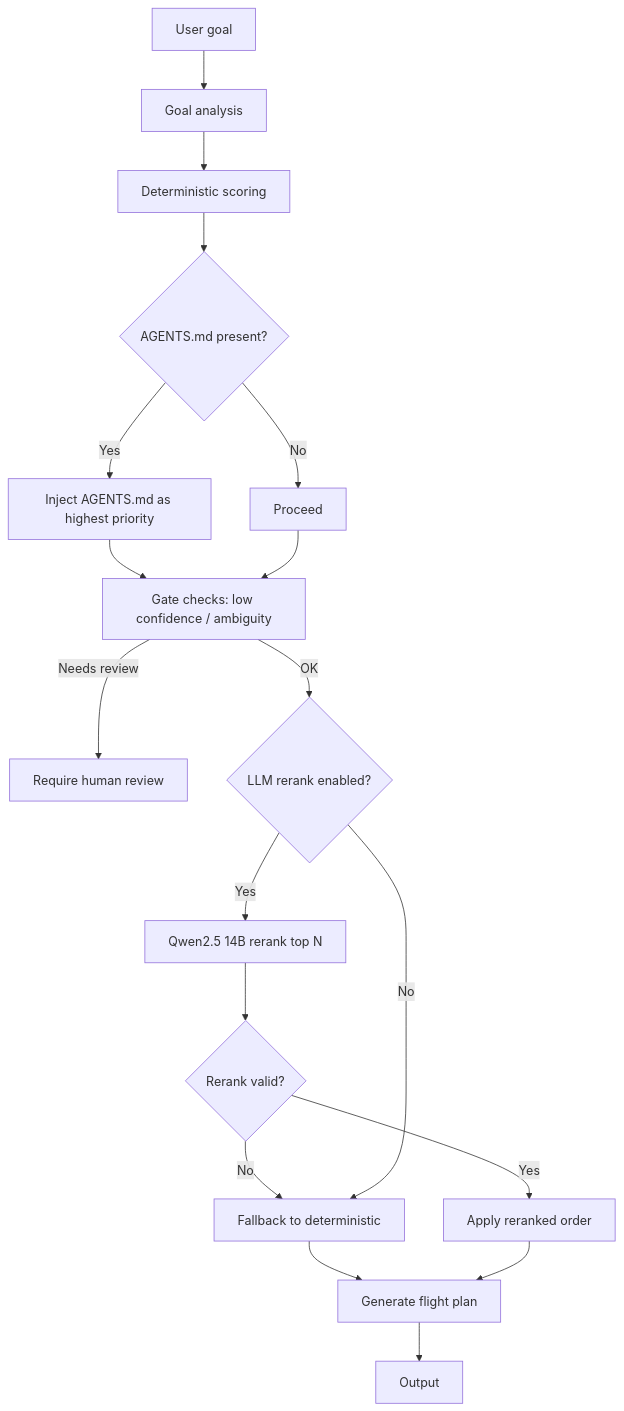
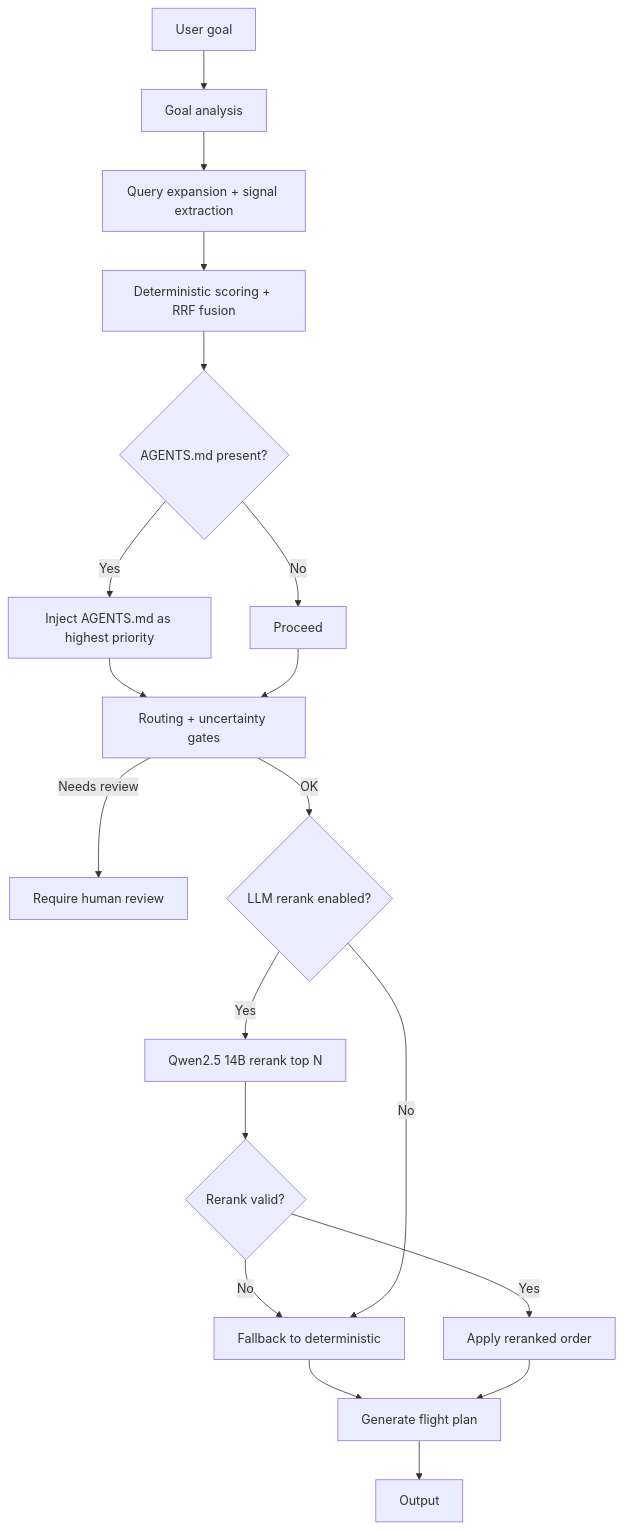
The diagram in README.md (jreinhal/cortex-manager), drawn with Mermaid before and after one commit. The commit also changed other lines of this file and 21 other files, not shown here.

````diff
--- a/README.md
+++ b/README.md
@@ -245,20 +246,21 @@
 ```mermaid
 flowchart TD
     A[User goal] --> B[Goal analysis]
-    B --> C[Deterministic scoring]
-    C --> D{AGENTS.md present?}
-    D -->|Yes| E[Inject AGENTS.md as highest priority]
-    D -->|No| F[Proceed]
-    E --> G[Gate checks: low confidence / ambiguity]
-    F --> G
-    G -->|Needs review| H[Require human review]
-    G -->|OK| I{LLM rerank enabled?}
-    I -->|Yes| J[Qwen2.5 14B rerank top N]
-    J --> K{Rerank valid?}
-    K -->|No| L[Fallback to deterministic]
-    K -->|Yes| M[Apply reranked order]
-    I -->|No| L
-    L --> N[Generate flight plan]
-    M --> N
-    N --> O[Output]
+    B --> C[Query expansion + signal extraction]
+    C --> D[Deterministic scoring + RRF fusion]
+    D --> E{AGENTS.md present?}
+    E -->|Yes| F[Inject AGENTS.md as highest priority]
+    E -->|No| G[Proceed]
+    F --> H[Routing + uncertainty gates]
+    G --> H
+    H -->|Needs review| I[Require human review]
+    H -->|OK| J{LLM rerank enabled?}
+    J -->|Yes| K[Qwen2.5 14B rerank top N]
+    K --> L{Rerank valid?}
+    L -->|No| M[Fallback to deterministic]
+    L -->|Yes| N[Apply reranked order]
+    J -->|No| M
+    M --> O[Generate flight plan]
+    N --> O
+    O --> P[Output]
 ```
````
